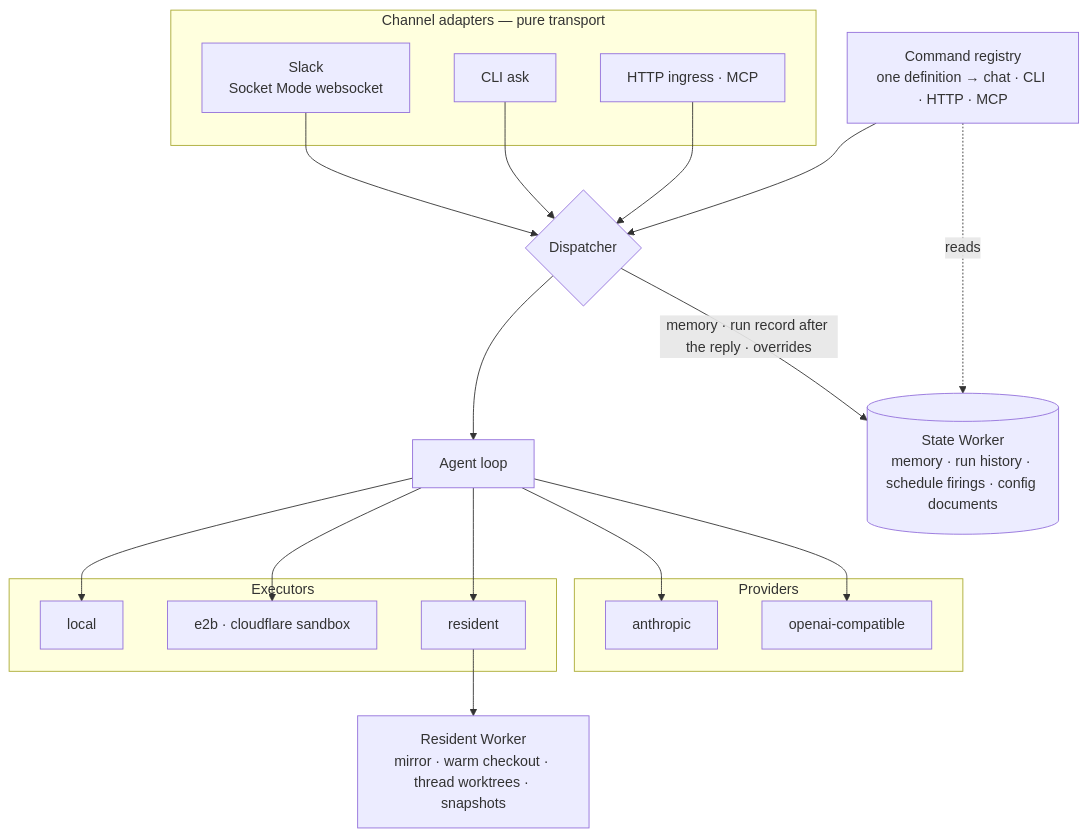
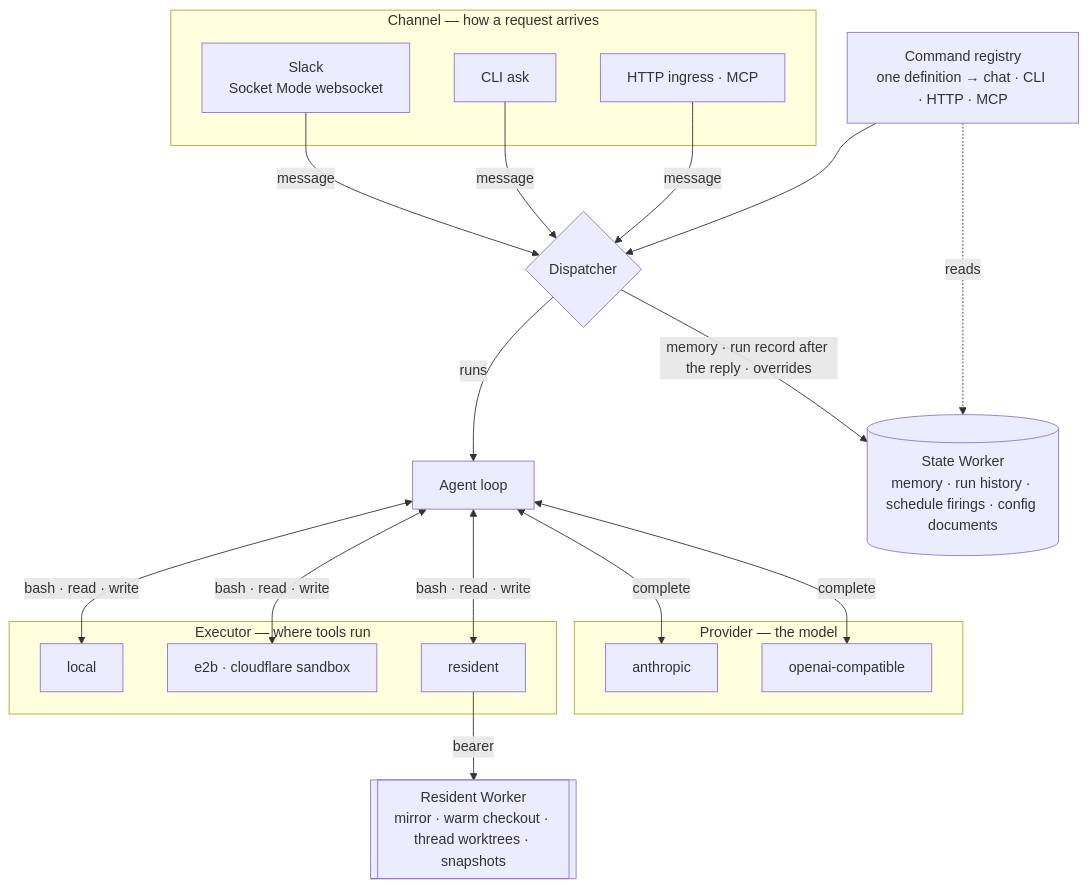
One commit to coreplanelabs/switchboard changed the first of 3 diagrams in docs/explanation/worker-topology.md. Above: the diagram before and after it, drawn with Mermaid. The commit also changed other lines of this file and 22 other files, not shown here.

First line of the commit message:
docs(docs): every diagram shares one visual system, and the four seams and the deploy order are drawn from one source each

````diff
--- a/docs/explanation/worker-topology.md
+++ b/docs/explanation/worker-topology.md
@@ -18,35 +18,35 @@
 ```mermaid
-flowchart TD
-    subgraph channels ["Channel adapters — pure transport"]
+flowchart TB
+    subgraph channels ["Channel — how a request arrives"]
         SL["Slack<br/>Socket Mode websocket"]
         CLI["CLI ask"]
         ING["HTTP ingress · MCP"]
     end
 
     D{"Dispatcher"}
     CR["Command registry<br/>one definition → chat · CLI · HTTP · MCP"]
     RUN["Agent loop"]
 
-    subgraph providers ["Providers"]
+    subgraph providers ["Provider — the model"]
         A["anthropic"]
         O["openai-compatible"]
     end
 
-    subgraph exec ["Executors"]
+    subgraph exec ["Executor — where tools run"]
         LX["local"]
         EX["e2b · cloudflare sandbox"]
         RX["resident"]
     end
 
     SW[("State Worker<br/>memory · run history · schedule firings · config documents")]
-    RW["Resident Worker<br/>mirror · warm checkout · thread worktrees · snapshots"]
+    RW[["Resident Worker<br/>mirror · warm checkout · thread worktrees · snapshots"]]
 
-    SL & CLI & ING --> D
+    SL & CLI & ING -->|"message"| D
     CR --> D
-    D --> RUN
-    RUN --> A & O
-    RUN --> LX & EX & RX
-    RX --> RW
+    D -->|"runs"| RUN
+    RUN <-->|"complete"| A & O
+    RUN <-->|"bash · read · write"| LX & EX & RX
+    RX -->|"bearer"| RW
     D -->|"memory · run record after the reply · overrides"| SW
-    CR -.->|reads| SW
+    CR -.->|"reads"| SW
 ```
````
